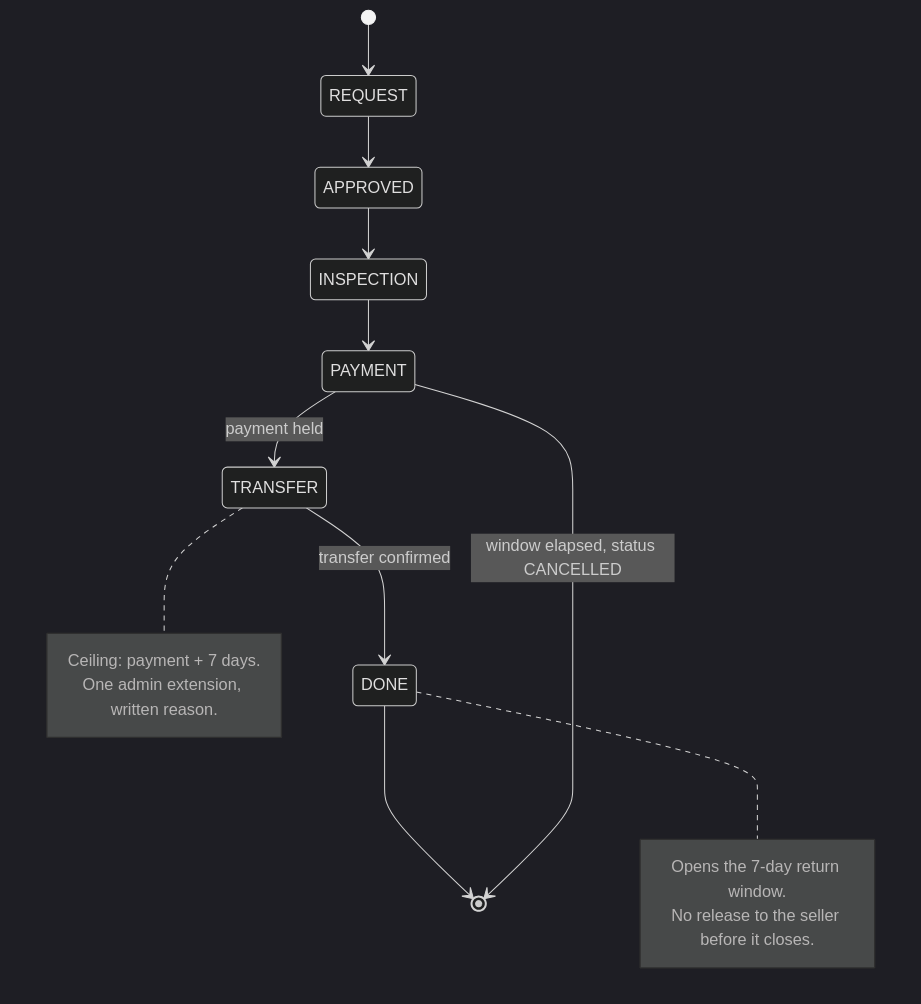
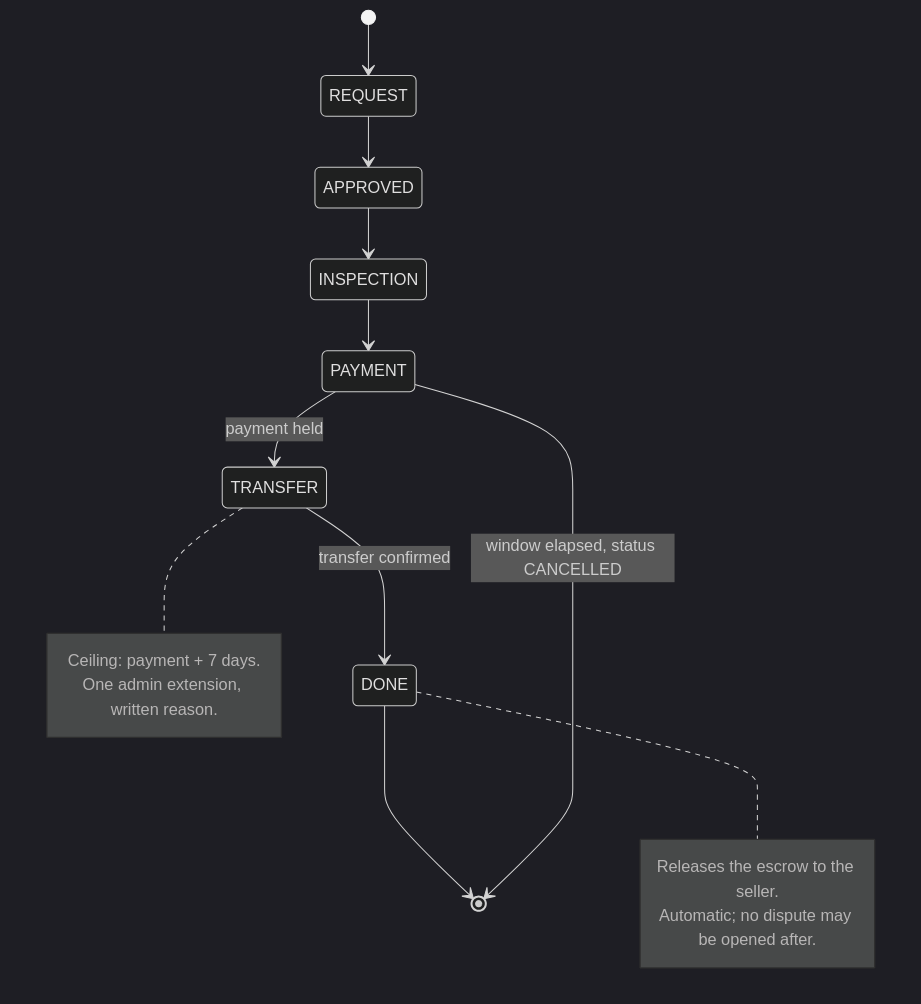
The first of 7 diagrams in docs/workflows/state-machines.md (wa1eeed/carsell-web), drawn with Mermaid (dark theme) before and after one commit. The commit also changed other lines of this file and 18 other files, not shown here.

````diff
--- a/docs/workflows/state-machines.md
+++ b/docs/workflows/state-machines.md
@@ -16,20 +16,20 @@
 ```mermaid
 stateDiagram-v2
     [*] --> REQUEST
     REQUEST --> APPROVED
     APPROVED --> INSPECTION
     INSPECTION --> PAYMENT
     PAYMENT --> TRANSFER : payment held
     TRANSFER --> DONE : transfer confirmed
     DONE --> [*]
 
     PAYMENT --> [*] : window elapsed, status CANCELLED
     note right of TRANSFER
         Ceiling: payment + 7 days.
         One admin extension, written reason.
     end note
     note right of DONE
-        Opens the 7-day return window.
-        No release to the seller before it closes.
+        Releases the escrow to the seller.
+        Automatic; no dispute may be opened after.
     end note
 ```
````
